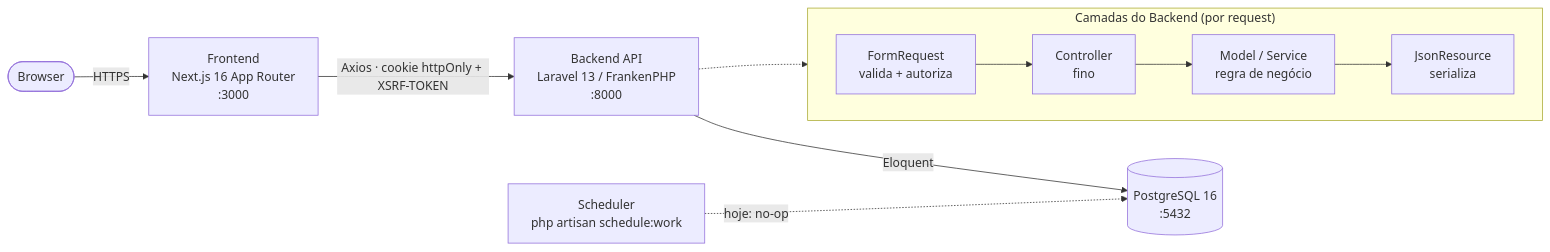
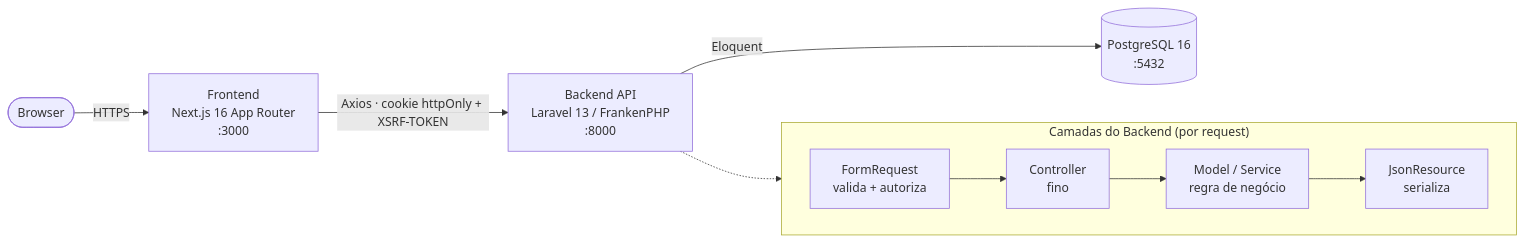
Before and after one commit to matheussesso/goodfood: the first of 4 diagrams in docs/arquitetura.md, drawn with Mermaid. The commit also changed other lines of this file and 6 other files, not shown here.

Commit message:
feat: update API documentation for pet documents, recipes, and system architecture; remove scheduler references

````diff
--- a/docs/arquitetura.md
+++ b/docs/arquitetura.md
@@ -10,13 +9,12 @@
 ```mermaid
 flowchart LR
     Browser(["Browser"]) -->|HTTPS| FE["Frontend<br/>Next.js 16 App Router<br/>:3000"]
     FE -->|"Axios · cookie httpOnly + XSRF-TOKEN"| BE["Backend API<br/>Laravel 13 / FrankenPHP<br/>:8000"]
     BE -->|Eloquent| DB[("PostgreSQL 16<br/>:5432")]
-    SCH["Scheduler<br/>php artisan schedule:work"] -.->|hoje: no-op| DB
 
     subgraph camadas["Camadas do Backend (por request)"]
         direction LR
         FR["FormRequest<br/>valida + autoriza"] --> CTRL["Controller<br/>fino"] --> SVC["Model / Service<br/>regra de negócio"] --> RES["JsonResource<br/>serializa"]
     end
     BE -.-> camadas
 ```
````
